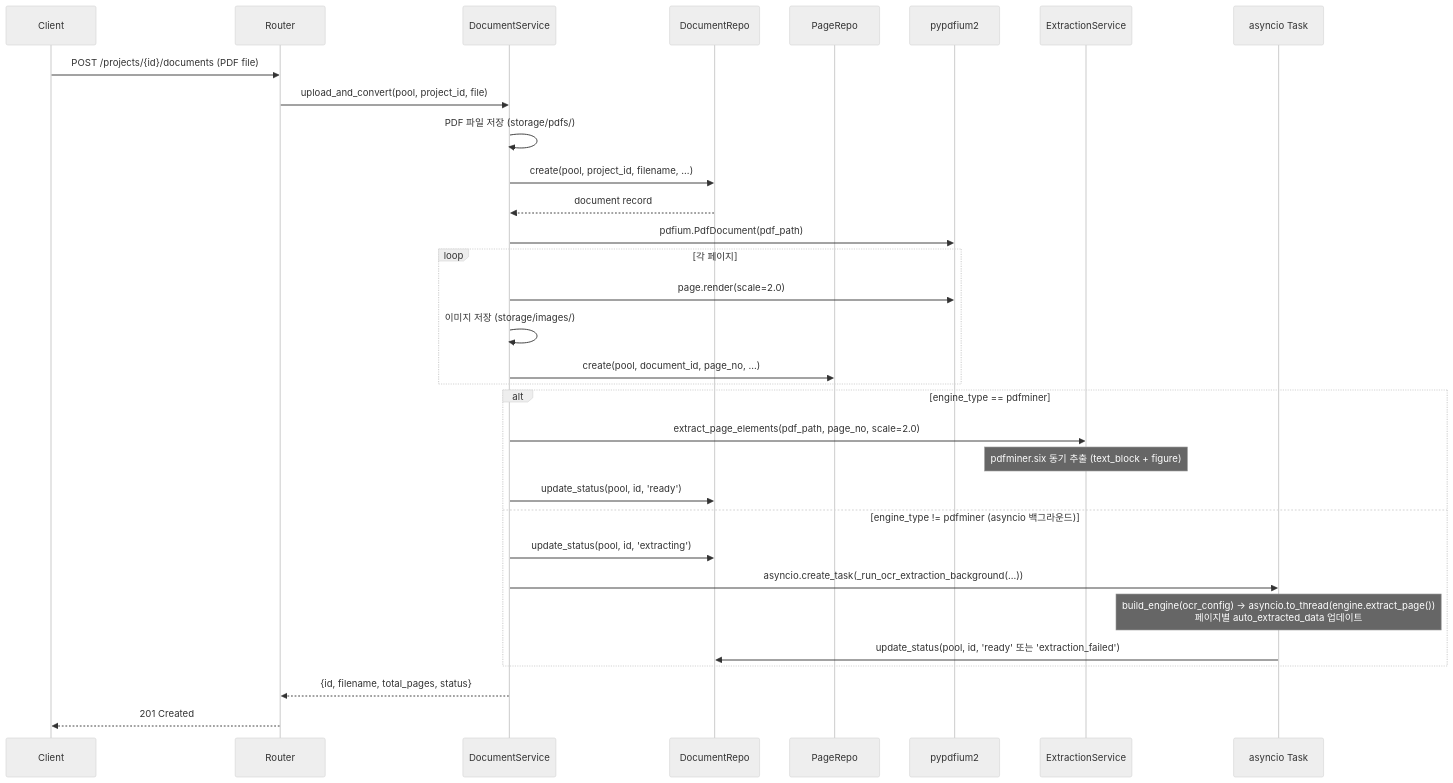
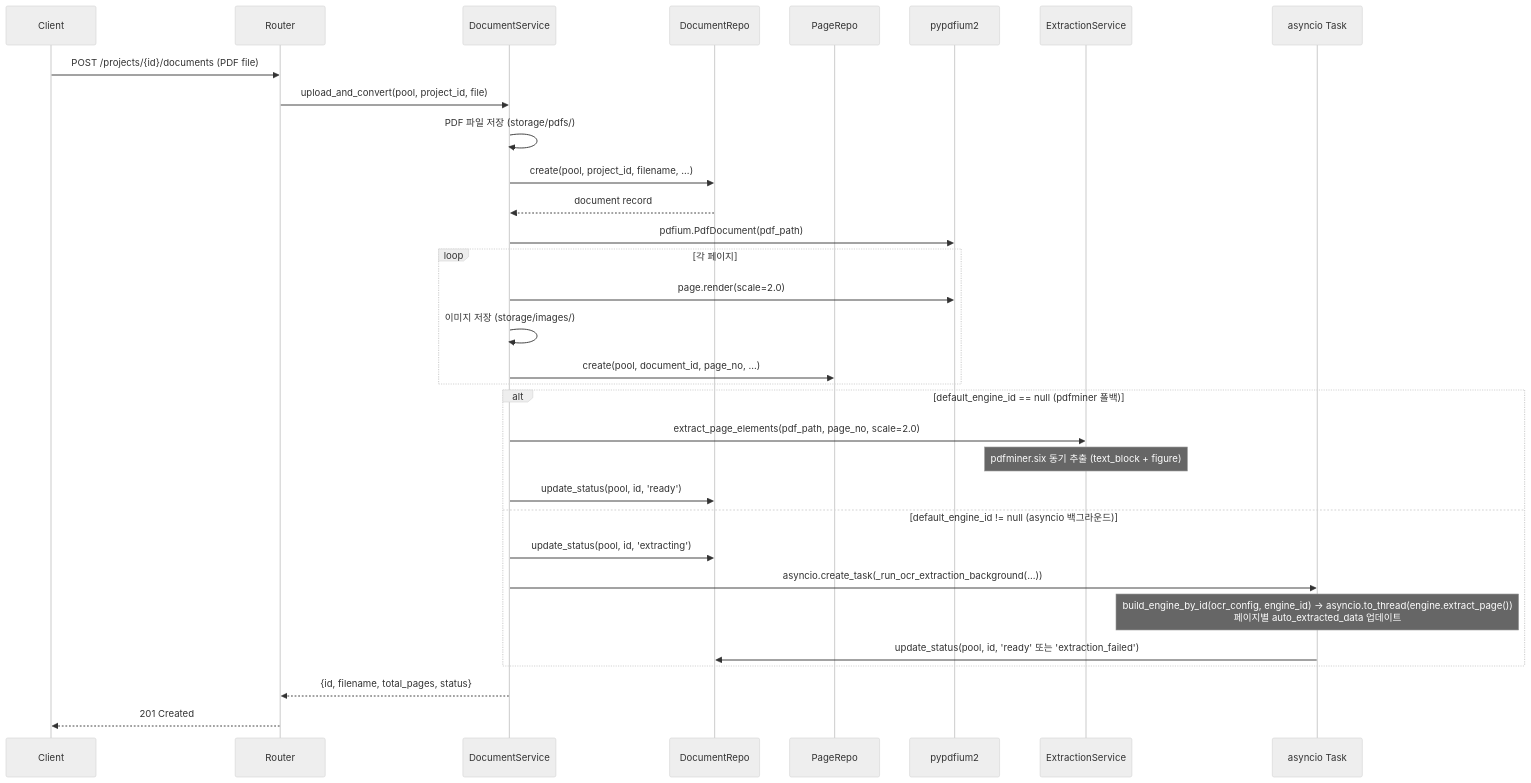
Before and after one commit to appleparan/saegim: the second of 7 diagrams in docs/backend/architecture/architecture.md, drawn with Mermaid (neutral theme). The commit also changed other lines of this file and 12 other files, not shown here.

First line of the commit message:
docs: update documentation for multi-instance OCR engine architecture

````diff
--- a/docs/backend/architecture/architecture.md
+++ b/docs/backend/architecture/architecture.md
@@ -104,37 +104,37 @@
 ```mermaid
 sequenceDiagram
     participant C as Client
     participant R as Router
     participant DS as DocumentService
     participant DR as DocumentRepo
     participant PR as PageRepo
     participant PDF as pypdfium2
     participant EX as ExtractionService
     participant BG as asyncio Task
 
     C->>R: POST /projects/{id}/documents (PDF file)
     R->>DS: upload_and_convert(pool, project_id, file)
     DS->>DS: PDF 파일 저장 (storage/pdfs/)
     DS->>DR: create(pool, project_id, filename, ...)
     DR-->>DS: document record
     DS->>PDF: pdfium.PdfDocument(pdf_path)
     loop 각 페이지
         DS->>PDF: page.render(scale=2.0)
         DS->>DS: 이미지 저장 (storage/images/)
         DS->>PR: create(pool, document_id, page_no, ...)
     end
 
-    alt engine_type == pdfminer
+    alt default_engine_id == null (pdfminer 폴백)
         DS->>EX: extract_page_elements(pdf_path, page_no, scale=2.0)
         Note over EX: pdfminer.six 동기 추출 (text_block + figure)
         DS->>DR: update_status(pool, id, 'ready')
-    else engine_type != pdfminer (asyncio 백그라운드)
+    else default_engine_id != null (asyncio 백그라운드)
         DS->>DR: update_status(pool, id, 'extracting')
         DS->>BG: asyncio.create_task(_run_ocr_extraction_background(...))
-        Note over BG: build_engine(ocr_config) → asyncio.to_thread(engine.extract_page())<br/>페이지별 auto_extracted_data 업데이트
+        Note over BG: build_engine_by_id(ocr_config, engine_id) → asyncio.to_thread(engine.extract_page())<br/>페이지별 auto_extracted_data 업데이트
         BG->>DR: update_status(pool, id, 'ready' 또는 'extraction_failed')
     end
 
     DS-->>R: {id, filename, total_pages, status}
     R-->>C: 201 Created
 ```
````
